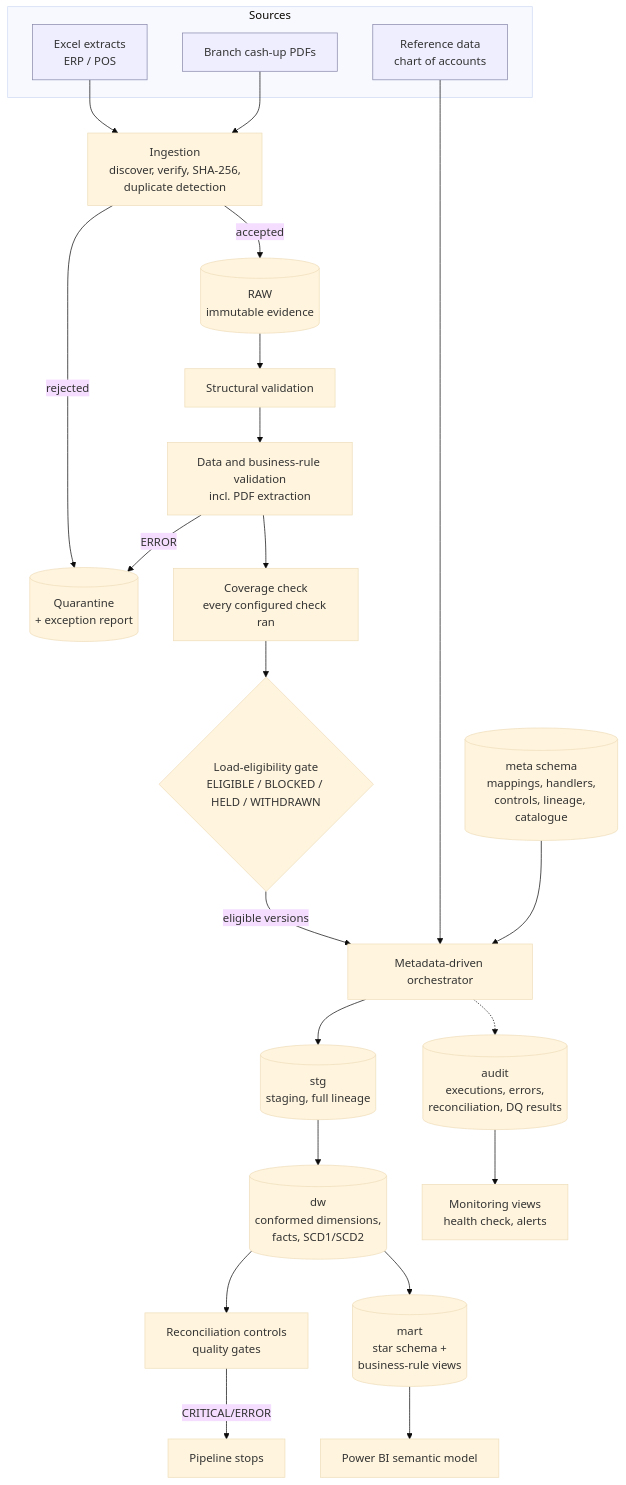
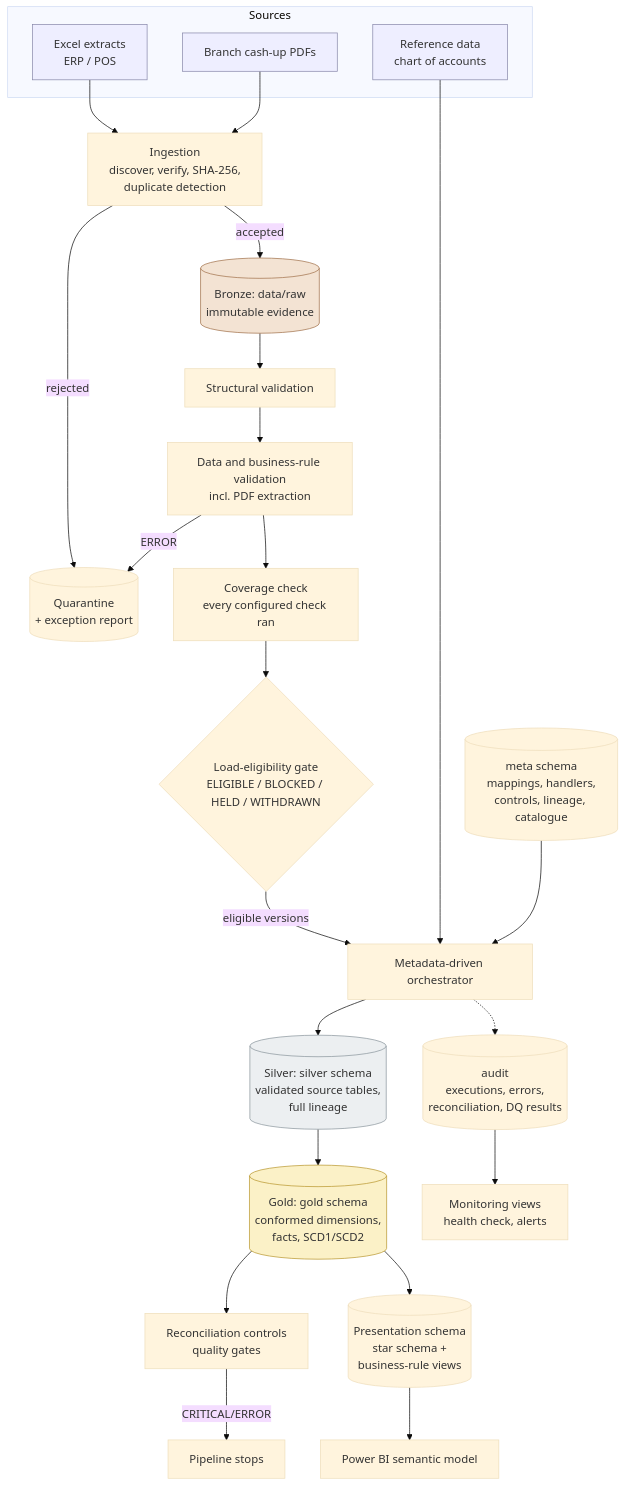
Before and after one commit to chrisane/data-engineering-lab2: the diagram in docs/architecture.md, drawn with Mermaid (base theme). The commit also changed other lines of this file and 52 other files, not shown here.

First line of the commit message:
Adopt medallion layer names: silver, gold, presentation

````diff
--- a/docs/architecture.md
+++ b/docs/architecture.md
@@ -10,34 +12,37 @@
 ```mermaid
 flowchart TD
     subgraph Sources
         X[Excel extracts<br/>ERP / POS]:::src
         P[Branch cash-up PDFs]:::src
         R[Reference data<br/>chart of accounts]:::src
     end
 
     X & P --> I[Ingestion<br/>discover, verify, SHA-256,<br/>duplicate detection]
-    I -->|accepted| RAW[(RAW<br/>immutable evidence)]
+    I -->|accepted| BRONZE[(Bronze: data/raw<br/>immutable evidence)]:::bronze
     I -->|rejected| Q[(Quarantine<br/>+ exception report)]
 
-    RAW --> SV[Structural validation]
+    BRONZE --> SV[Structural validation]
     SV --> DV[Data and business-rule validation<br/>incl. PDF extraction]
     DV -->|ERROR| Q
     DV --> COV[Coverage check<br/>every configured check ran]
     COV --> GATE{Load-eligibility gate<br/>ELIGIBLE / BLOCKED / HELD / WITHDRAWN}
 
     GATE -->|eligible versions| ORCH[Metadata-driven orchestrator]
     R --> ORCH
     META[(meta schema<br/>mappings, handlers,<br/>controls, lineage, catalogue)] --> ORCH
 
-    ORCH --> STG[(stg<br/>staging, full lineage)]
-    STG --> DW[(dw<br/>conformed dimensions,<br/>facts, SCD1/SCD2)]
-    DW --> REC[Reconciliation controls<br/>quality gates]
+    ORCH --> SILVER[(Silver: silver schema<br/>validated source tables,<br/>full lineage)]:::silver
+    SILVER --> GOLD[(Gold: gold schema<br/>conformed dimensions,<br/>facts, SCD1/SCD2)]:::gold
+    GOLD --> REC[Reconciliation controls<br/>quality gates]
     REC -->|CRITICAL/ERROR| STOP[Pipeline stops]
-    DW --> MART[(mart<br/>star schema +<br/>business-rule views)]
-    MART --> PBI[Power BI semantic model]
+    GOLD --> PRES[(Presentation schema<br/>star schema +<br/>business-rule views)]
+    PRES --> PBI[Power BI semantic model]
 
     ORCH -.-> AUD[(audit<br/>executions, errors,<br/>reconciliation, DQ results)]
     AUD --> MON[Monitoring views<br/>health check, alerts]
 
     classDef src fill:#eef,stroke:#88a
+    classDef bronze fill:#f3e3d3,stroke:#a0704a
+    classDef silver fill:#eceff1,stroke:#8a959c
+    classDef gold fill:#fbf1c7,stroke:#b8962e
 ```
````
